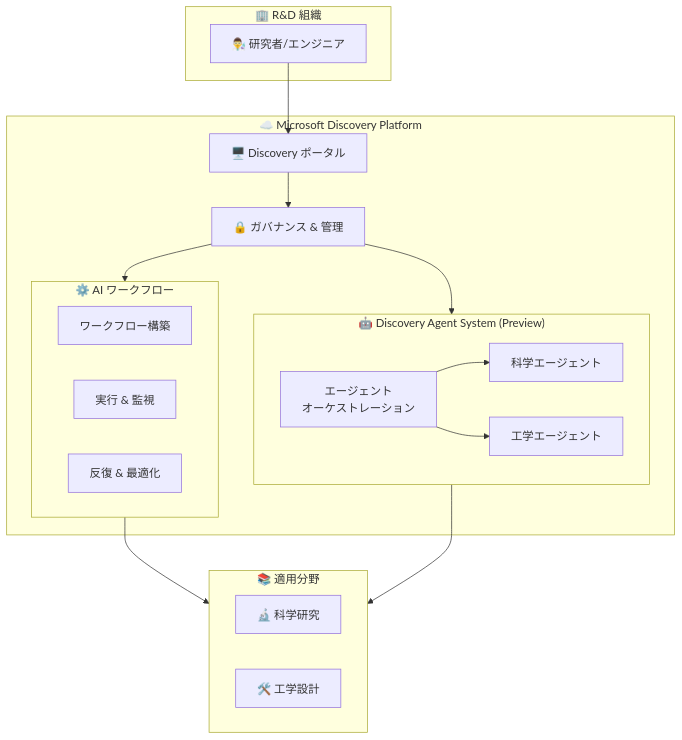
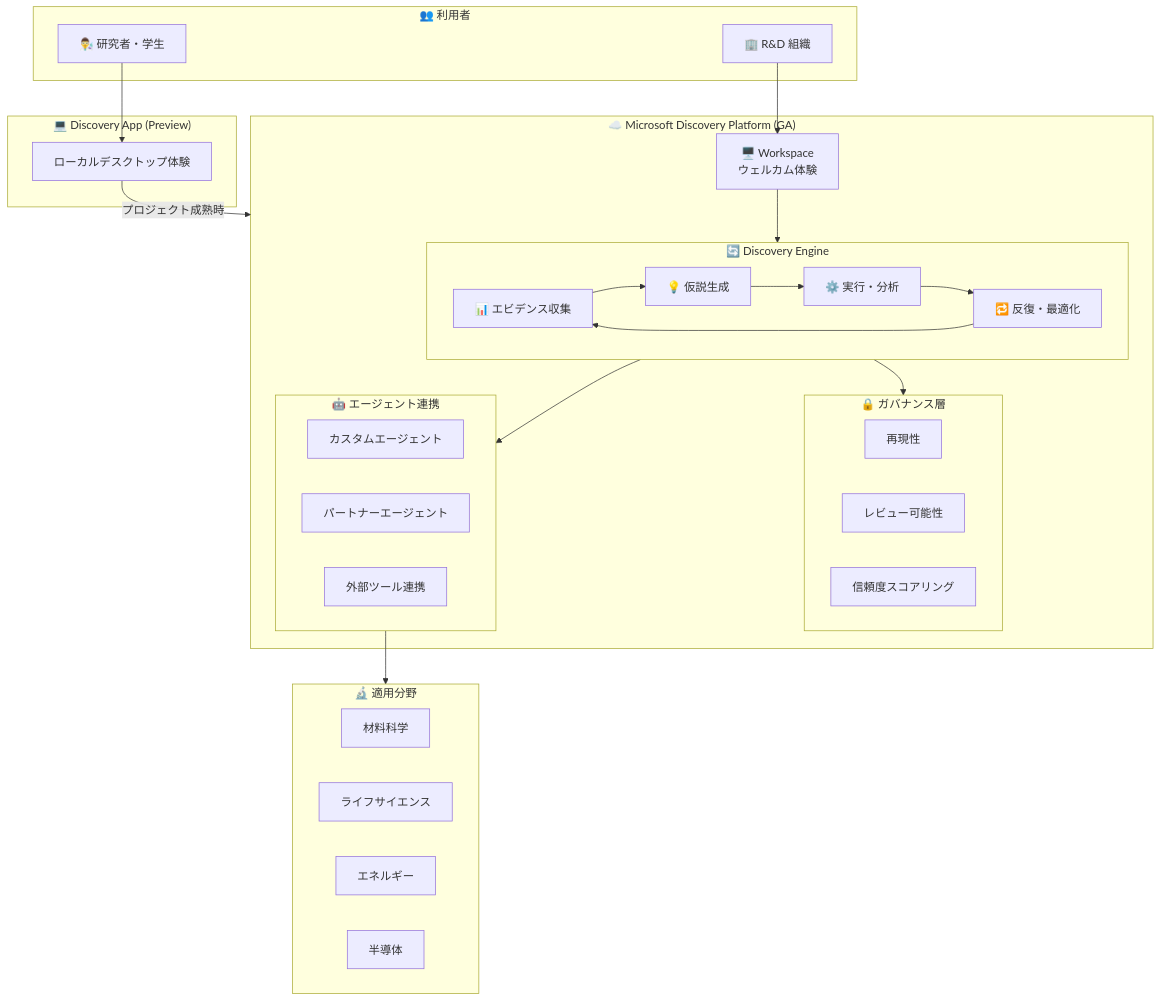
One commit to takech9203/azure-news-summary changed the diagram in reports/2026/2026-06-04-microsoft-discovery-ga.md. Above: the diagram before and after it, drawn with Mermaid. The commit also changed other lines of this file and 41 other files, not shown here.

````diff
--- a/reports/2026/2026-06-04-microsoft-discovery-ga.md
+++ b/reports/2026/2026-06-04-microsoft-discovery-ga.md
@@ -33,37 +35,50 @@
 ```mermaid
 flowchart TD
-    subgraph Org["🏢 R&D 組織"]
-        Researcher["👨‍🔬 研究者/エンジニア"]
+    subgraph Users["👥 利用者"]
+        Enterprise["🏢 R&D 組織"]
+        Researchers["👨‍🔬 研究者・学生"]
     end
 
-    subgraph Discovery["☁️ Microsoft Discovery Platform"]
-        Portal["🖥️ Discovery ポータル"]
-        Governance["🔒 ガバナンス & 管理"]
+    subgraph Platform["☁️ Microsoft Discovery Platform (GA)"]
+        Workspace["🖥️ Workspace<br/>ウェルカム体験"]
         
-        subgraph AgentSystem["🤖 Discovery Agent System (Preview)"]
-            AgentOrch["エージェント<br/>オーケストレーション"]
-            SciAgents["科学エージェント"]
-            EngAgents["工学エージェント"]
+        subgraph Engine["🔄 Discovery Engine"]
+            Evidence["📊 エビデンス収集"]
+            Hypothesis["💡 仮説生成"]
+            Execution["⚙️ 実行・分析"]
+            Iteration["🔁 反復・最適化"]
         end
-        
-        subgraph Workflows["⚙️ AI ワークフロー"]
-            Build["ワークフロー構築"]
-            Execute["実行 & 監視"]
-            Iterate["反復 & 最適化"]
+
+        subgraph Governance["🔒 ガバナンス層"]
+            Reproduce["再現性"]
+            Review["レビュー可能性"]
+            Confidence["信頼度スコアリング"]
+        end
+
+        subgraph Agents["🤖 エージェント連携"]
+            Custom["カスタムエージェント"]
+            Partner["パートナーエージェント"]
+            Tools["外部ツール連携"]
         end
     end
 
-    subgraph Disciplines["📚 適用分野"]
-        Science["🔬 科学研究"]
-        Engineering["🛠️ 工学設計"]
+    subgraph App["💻 Discovery App (Preview)"]
+        Local["ローカルデスクトップ体験"]
     end
 
-    Researcher --> Portal
-    Portal --> Governance
-    Governance --> AgentSystem
-    Governance --> Workflows
-    AgentOrch --> SciAgents
-    AgentOrch --> EngAgents
-    Workflows --> Disciplines
-    AgentSystem --> Disciplines
+    subgraph Domain["🔬 適用分野"]
+        Materials["材料科学"]
+        LifeSci["ライフサイエンス"]
+        Energy["エネルギー"]
+        Semiconductor["半導体"]
+    end
+
+    Enterprise --> Workspace
+    Researchers --> Local
+    Local -->|プロジェクト成熟時| Platform
+    Workspace --> Engine
+    Evidence --> Hypothesis --> Execution --> Iteration --> Evidence
+    Engine --> Governance
+    Engine --> Agents
+    Agents --> Domain
 ```
````
